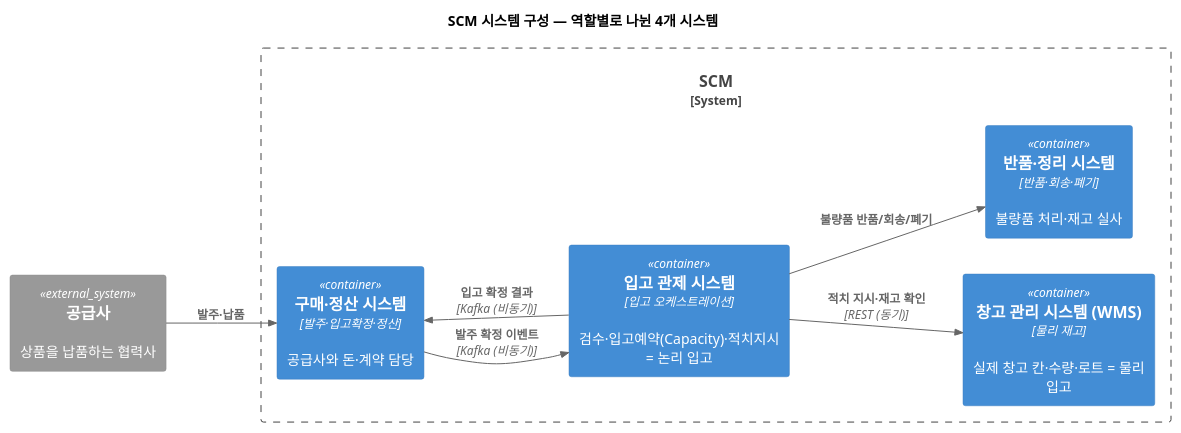
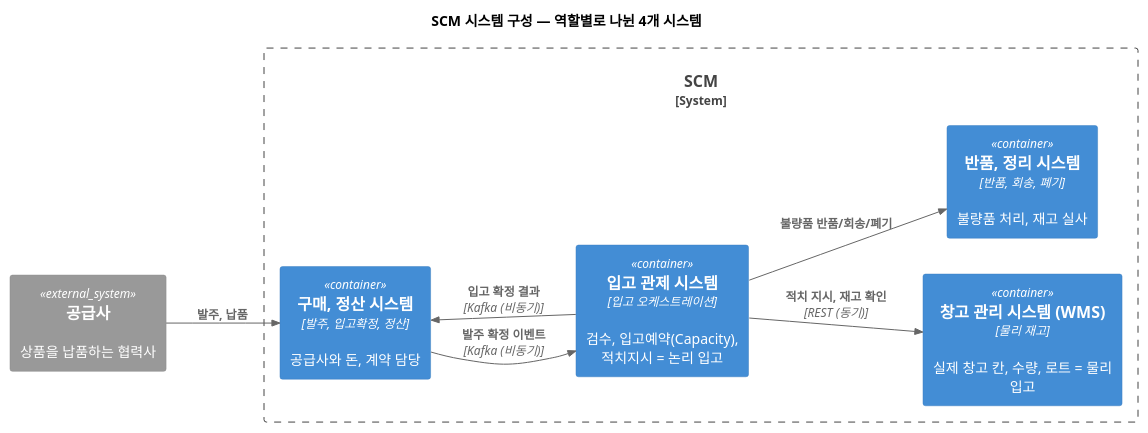
Before and after one commit to johnycho/johny-dev: the first of 10 diagrams in blog/2026-09-12-scm-system-explained.mdx, drawn with PlantUML. The commit also changed other lines of this file and 188 other files, not shown here.

````diff
--- a/blog/2026-09-12-scm-system-explained.mdx
+++ b/blog/2026-09-12-scm-system-explained.mdx
@@ -45,22 +45,22 @@
 ```plantuml
 @startuml
 !include https://raw.githubusercontent.com/plantuml-stdlib/C4-PlantUML/master/C4_Container.puml
 LAYOUT_LEFT_RIGHT()
 title SCM 시스템 구성 — 역할별로 나뉜 4개 시스템
 
 System_Ext(supplier, "공급사", "상품을 납품하는 협력사")
 
 System_Boundary(scm, "SCM") {
-  Container(escm, "구매·정산 시스템", "발주·입고확정·정산", "공급사와 돈·계약 담당")
-  Container(inbound, "입고 관제 시스템", "입고 오케스트레이션", "검수·입고예약(Capacity)·적치지시 = 논리 입고")
-  Container(wms, "창고 관리 시스템 (WMS)", "물리 재고", "실제 창고 칸·수량·로트 = 물리 입고")
-  Container(rms, "반품·정리 시스템", "반품·회송·폐기", "불량품 처리·재고 실사")
+  Container(escm, "구매, 정산 시스템", "발주, 입고확정, 정산", "공급사와 돈, 계약 담당")
+  Container(inbound, "입고 관제 시스템", "입고 오케스트레이션", "검수, 입고예약(Capacity), 적치지시 = 논리 입고")
+  Container(wms, "창고 관리 시스템 (WMS)", "물리 재고", "실제 창고 칸, 수량, 로트 = 물리 입고")
+  Container(rms, "반품, 정리 시스템", "반품, 회송, 폐기", "불량품 처리, 재고 실사")
 }
 
-Rel(supplier, escm, "발주·납품")
+Rel(supplier, escm, "발주, 납품")
 Rel(escm, inbound, "발주 확정 이벤트", "Kafka (비동기)")
 Rel(inbound, escm, "입고 확정 결과", "Kafka (비동기)")
-Rel(inbound, wms, "적치 지시·재고 확인", "REST (동기)")
+Rel(inbound, wms, "적치 지시, 재고 확인", "REST (동기)")
 Rel(inbound, rms, "불량품 반품/회송/폐기")
 @enduml
 ```
````
